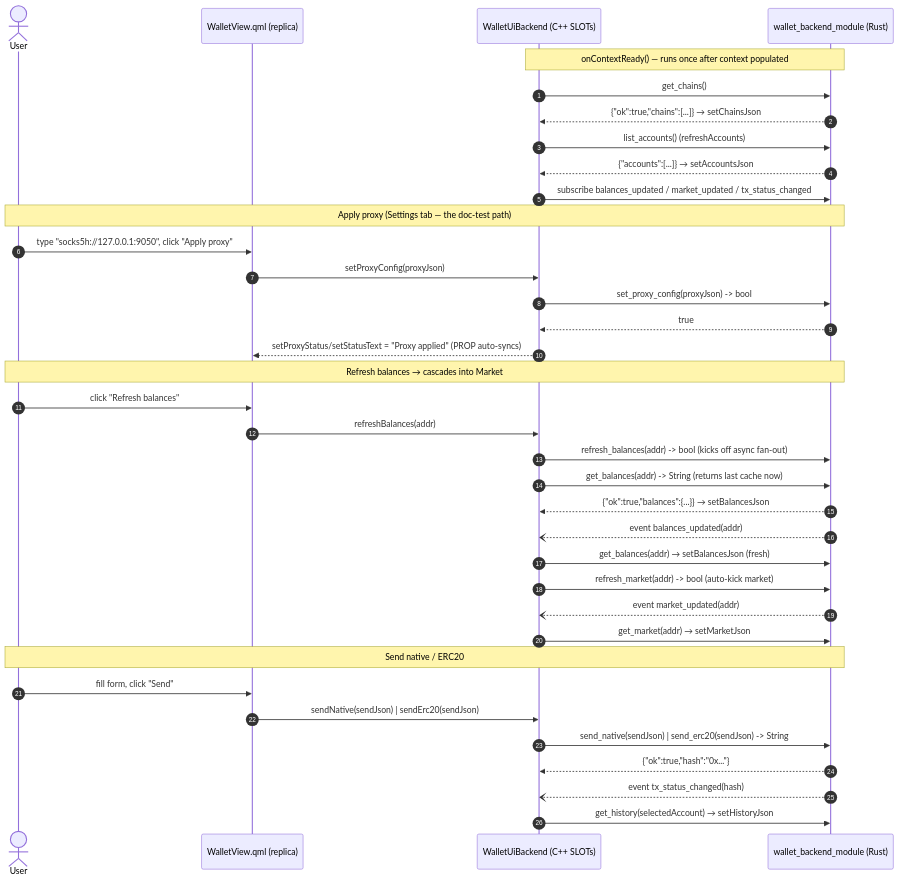
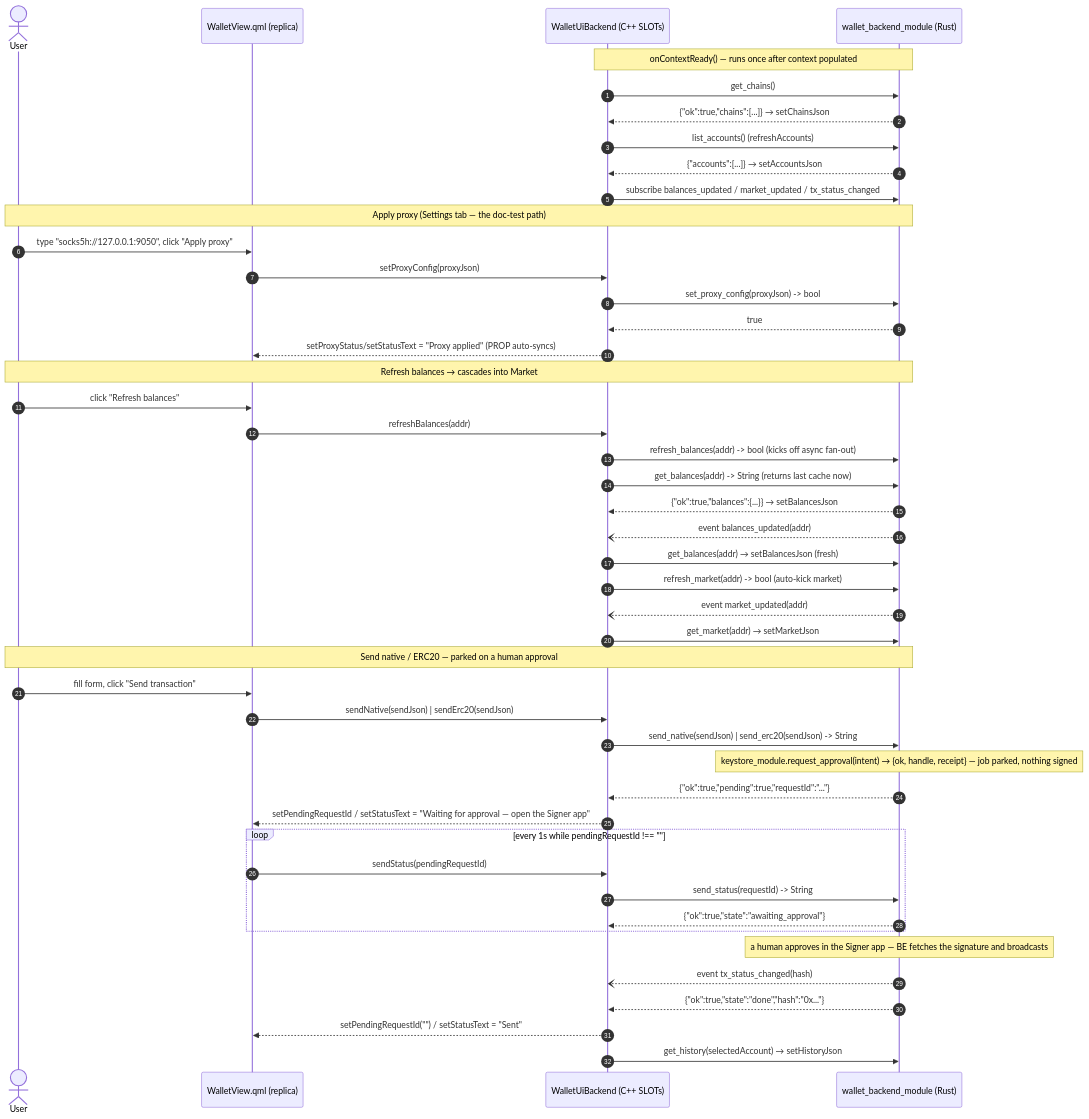
One commit to logos-co/logos-evm-wallet-ui changed the second of 2 diagrams in docs/specs.md. Above: the diagram before and after it, drawn with Mermaid. The commit also changed other lines of this file and 12 other files, not shown here.

````diff
--- a/docs/specs.md
+++ b/docs/specs.md
@@ -149,42 +152,52 @@
 ```mermaid
 sequenceDiagram
     autonumber
     actor User
     participant QML as WalletView.qml (replica)
     participant CPP as WalletUiBackend (C++ SLOTs)
     participant BE as wallet_backend_module (Rust)
 
     Note over CPP,BE: onContextReady() — runs once after context populated
     CPP->>BE: get_chains()
     BE-->>CPP: {"ok":true,"chains":[...]}  → setChainsJson
     CPP->>BE: list_accounts()  (refreshAccounts)
     BE-->>CPP: {"accounts":[...]}  → setAccountsJson
     CPP->>BE: subscribe balances_updated / market_updated / tx_status_changed
 
     Note over User,BE: Apply proxy (Settings tab — the doc-test path)
     User->>QML: type "socks5h://127.0.0.1:9050", click "Apply proxy"
     QML->>CPP: setProxyConfig(proxyJson)
     CPP->>BE: set_proxy_config(proxyJson) -> bool
     BE-->>CPP: true
     CPP-->>QML: setProxyStatus/setStatusText = "Proxy applied" (PROP auto-syncs)
 
     Note over User,BE: Refresh balances → cascades into Market
     User->>QML: click "Refresh balances"
     QML->>CPP: refreshBalances(addr)
     CPP->>BE: refresh_balances(addr) -> bool   (kicks off async fan-out)
     CPP->>BE: get_balances(addr) -> String     (returns last cache now)
     BE-->>CPP: {"ok":true,"balances":{...}} → setBalancesJson
     BE--)CPP: event balances_updated(addr)
     CPP->>BE: get_balances(addr)  → setBalancesJson (fresh)
     CPP->>BE: refresh_market(addr) -> bool  (auto-kick market)
     BE--)CPP: event market_updated(addr)
     CPP->>BE: get_market(addr)  → setMarketJson
 
-    Note over User,BE: Send native / ERC20
-    User->>QML: fill form, click "Send"
+    Note over User,BE: Send native / ERC20 — parked on a human approval
+    User->>QML: fill form, click "Send transaction"
     QML->>CPP: sendNative(sendJson) | sendErc20(sendJson)
     CPP->>BE: send_native(sendJson) | send_erc20(sendJson) -> String
-    BE-->>CPP: {"ok":true,"hash":"0x..."}
+    Note over BE: keystore_module.request_approval(intent) → {ok, handle, receipt} — job parked, nothing signed
+    BE-->>CPP: {"ok":true,"pending":true,"requestId":"..."}
+    CPP-->>QML: setPendingRequestId / setStatusText = "Waiting for approval — open the Signer app"
+    loop every 1s while pendingRequestId !== ""
+        QML->>CPP: sendStatus(pendingRequestId)
+        CPP->>BE: send_status(requestId) -> String
+        BE-->>CPP: {"ok":true,"state":"awaiting_approval"}
+    end
+    Note over BE: a human approves in the Signer app — BE fetches the signature and broadcasts
     BE--)CPP: event tx_status_changed(hash)
+    BE-->>CPP: {"ok":true,"state":"done","hash":"0x..."}
+    CPP-->>QML: setPendingRequestId("") / setStatusText = "Sent"
     CPP->>BE: get_history(selectedAccount) → setHistoryJson
 ```
````
